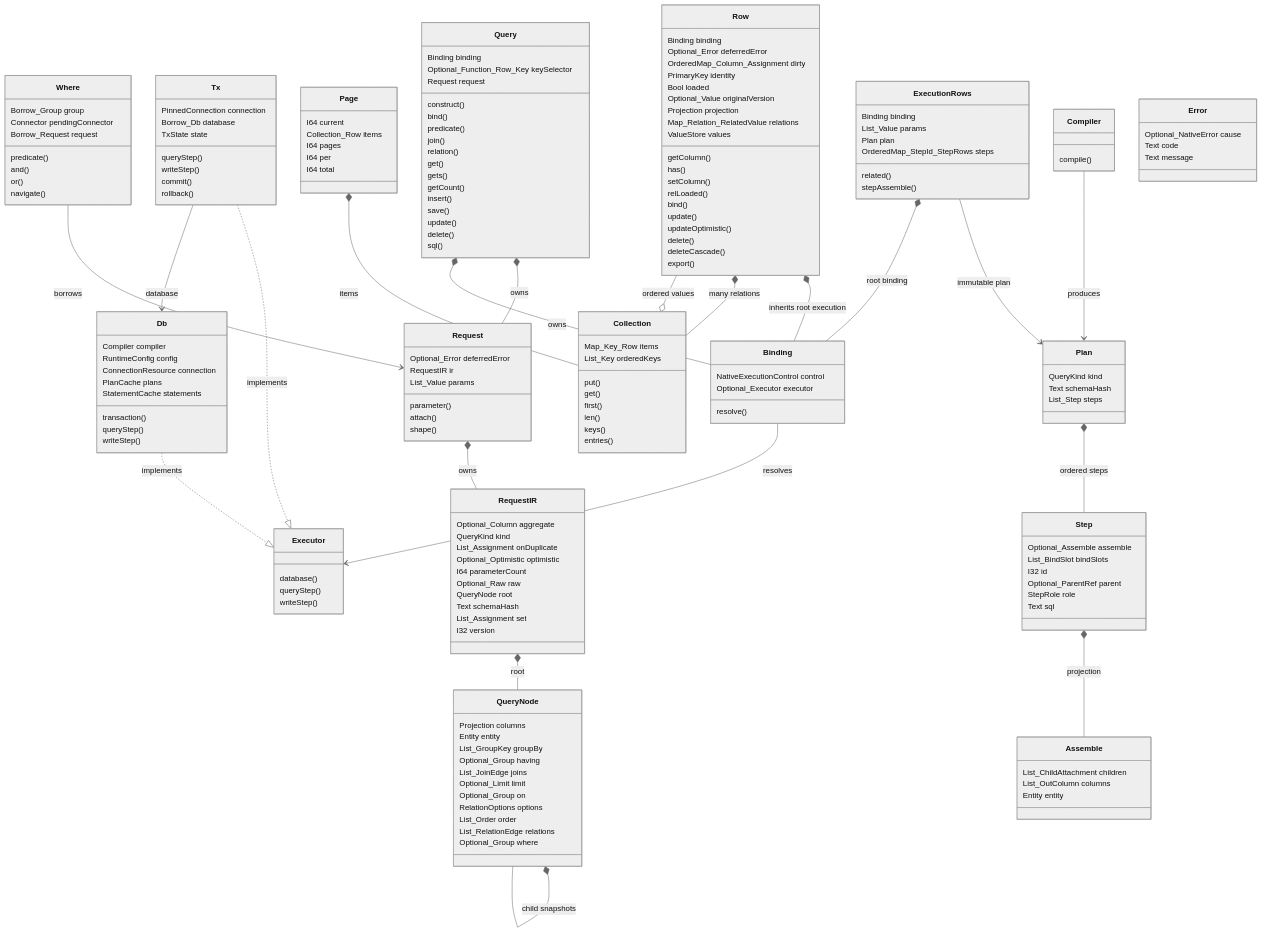
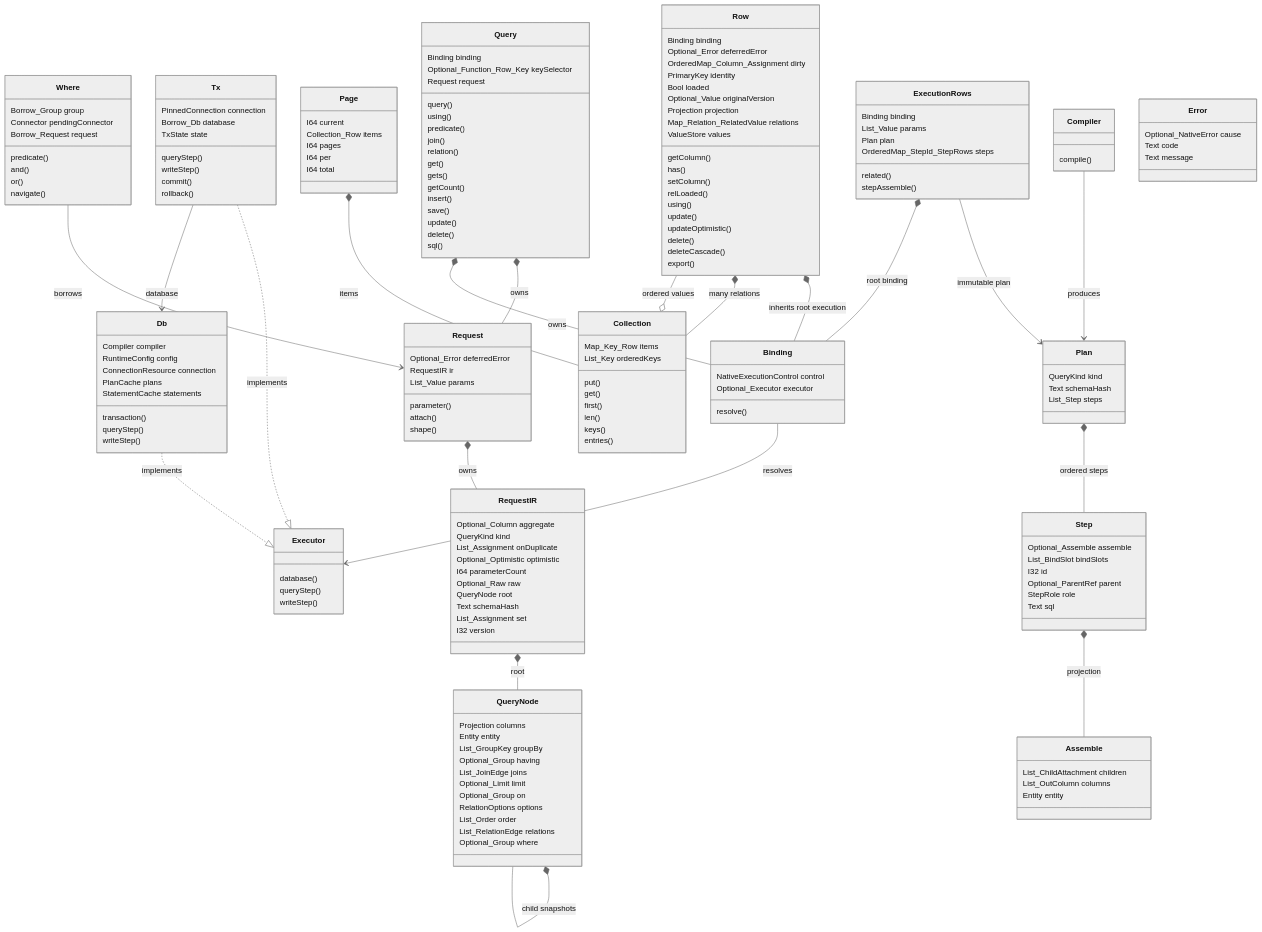
One commit to polyspec/orm changed the diagram in docs/interfaces-model.md. Above: the diagram before and after it, drawn with Mermaid (neutral theme). The commit also changed 67 other files, not shown here.

```diff
--- a/docs/interfaces-model.md
+++ b/docs/interfaces-model.md
@@ -8,8 +8,8 @@
         Binding binding
         Optional_Function_Row_Key keySelector
         Request request
-        construct()
-        bind()
+        query()
+        using()
         predicate()
         join()
         relation()
@@ -107,7 +107,7 @@
         has()
         setColumn()
         relLoaded()
-        bind()
+        using()
         update()
         updateOptimistic()
         delete()
```
